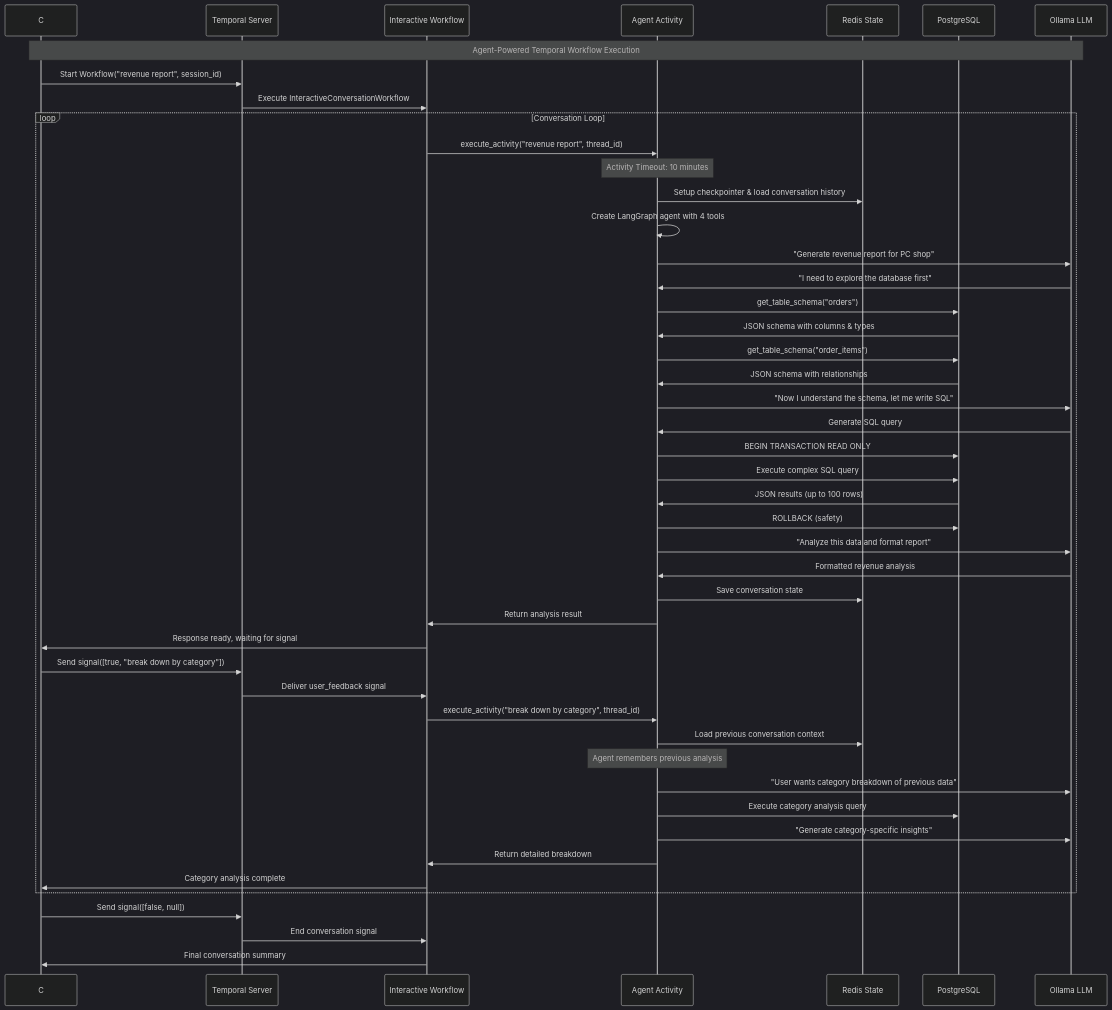
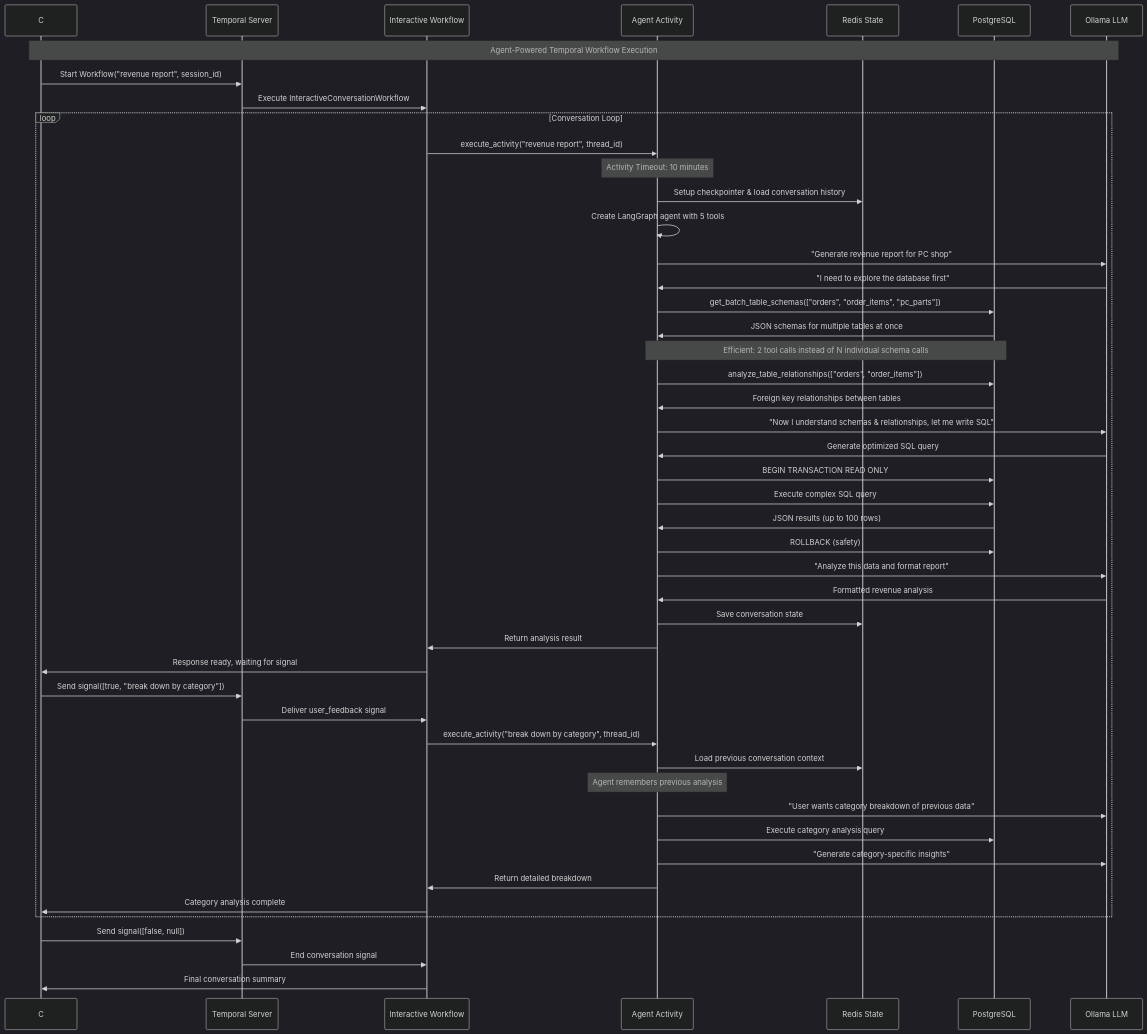
One commit to GethosTheWalrus/langgraph-temporal-workflow changed the second of 2 diagrams in README.md. Above: the diagram before and after it, drawn with Mermaid (dark theme). The commit also changed other lines of this file and 3 other files, not shown here.

Commit message:
update response structure to be organized as JSON instead of dumping the agents response as markdown into a JSON key. Switch from a single table schema tool to a batch one. Update the docs to reflect all changes

````diff
--- a/README.md
+++ b/README.md
@@ -148,66 +148,67 @@
 ```mermaid
 sequenceDiagram
     participant Client as C# Client
     participant Temporal as Temporal Server
     participant Workflow as Interactive Workflow
     participant Agent as Agent Activity
     participant Redis as Redis State
     participant DB as PostgreSQL
     participant Ollama as Ollama LLM
     
     Note over Client,Ollama: Agent-Powered Temporal Workflow Execution
     
     Client->>Temporal: Start Workflow("revenue report", session_id)
     Temporal->>Workflow: Execute InteractiveConversationWorkflow
     
     loop Conversation Loop
         Workflow->>Agent: execute_activity("revenue report", thread_id)
         Note over Agent: Activity Timeout: 10 minutes
         
         Agent->>Redis: Setup checkpointer & load conversation history
-        Agent->>Agent: Create LangGraph agent with 4 tools
+        Agent->>Agent: Create LangGraph agent with 5 tools
         
         Agent->>Ollama: "Generate revenue report for PC shop"
         Ollama->>Agent: "I need to explore the database first"
         
-        Agent->>DB: get_table_schema("orders")
-        DB->>Agent: JSON schema with columns & types
+        Agent->>DB: get_batch_table_schemas(["orders", "order_items", "pc_parts"])
+        DB->>Agent: JSON schemas for multiple tables at once
+        Note over Agent,DB: Efficient: 2 tool calls instead of N individual schema calls
         
-        Agent->>DB: get_table_schema("order_items") 
-        DB->>Agent: JSON schema with relationships
+        Agent->>DB: analyze_table_relationships(["orders", "order_items"])
+        DB->>Agent: Foreign key relationships between tables
         
-        Agent->>Ollama: "Now I understand the schema, let me write SQL"
-        Ollama->>Agent: Generate SQL query
+        Agent->>Ollama: "Now I understand schemas & relationships, let me write SQL"
+        Ollama->>Agent: Generate optimized SQL query
         
         Agent->>DB: BEGIN TRANSACTION READ ONLY
         Agent->>DB: Execute complex SQL query
         DB->>Agent: JSON results (up to 100 rows)
         Agent->>DB: ROLLBACK (safety)
         
         Agent->>Ollama: "Analyze this data and format report"
         Ollama->>Agent: Formatted revenue analysis
         
         Agent->>Redis: Save conversation state
         Agent->>Workflow: Return analysis result
         
         Workflow->>Client: Response ready, waiting for signal
         
         Client->>Temporal: Send signal([true, "break down by category"])
         Temporal->>Workflow: Deliver user_feedback signal
         
         Workflow->>Agent: execute_activity("break down by category", thread_id)
         Agent->>Redis: Load previous conversation context
         Note over Agent: Agent remembers previous analysis
         
         Agent->>Ollama: "User wants category breakdown of previous data"
         Agent->>DB: Execute category analysis query
         Agent->>Ollama: "Generate category-specific insights"
         Agent->>Workflow: Return detailed breakdown
         
         Workflow->>Client: Category analysis complete
     end
     
     Client->>Temporal: Send signal([false, null])
     Temporal->>Workflow: End conversation signal
     Workflow->>Client: Final conversation summary
 ```
````
